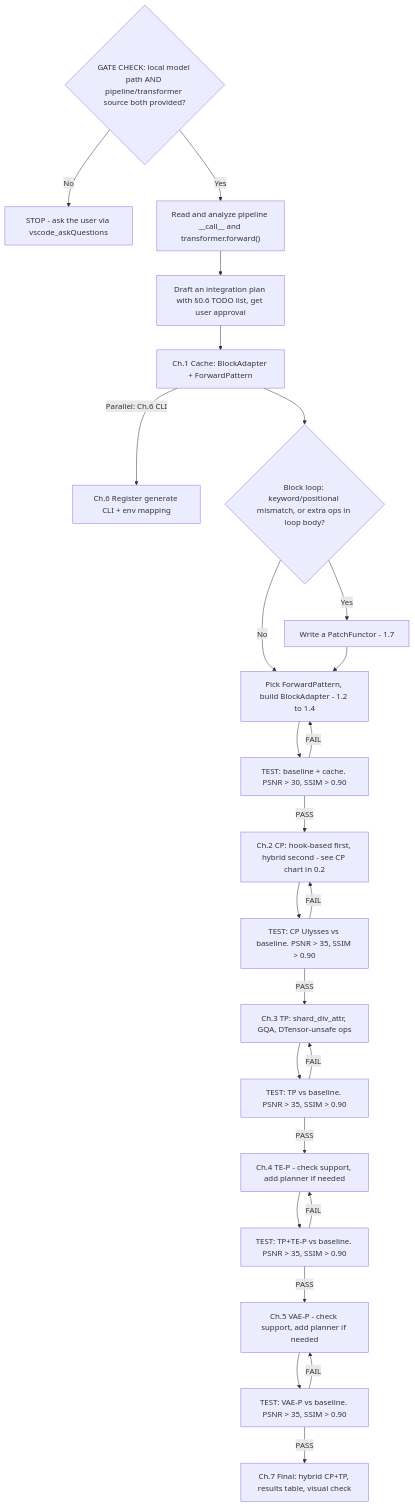
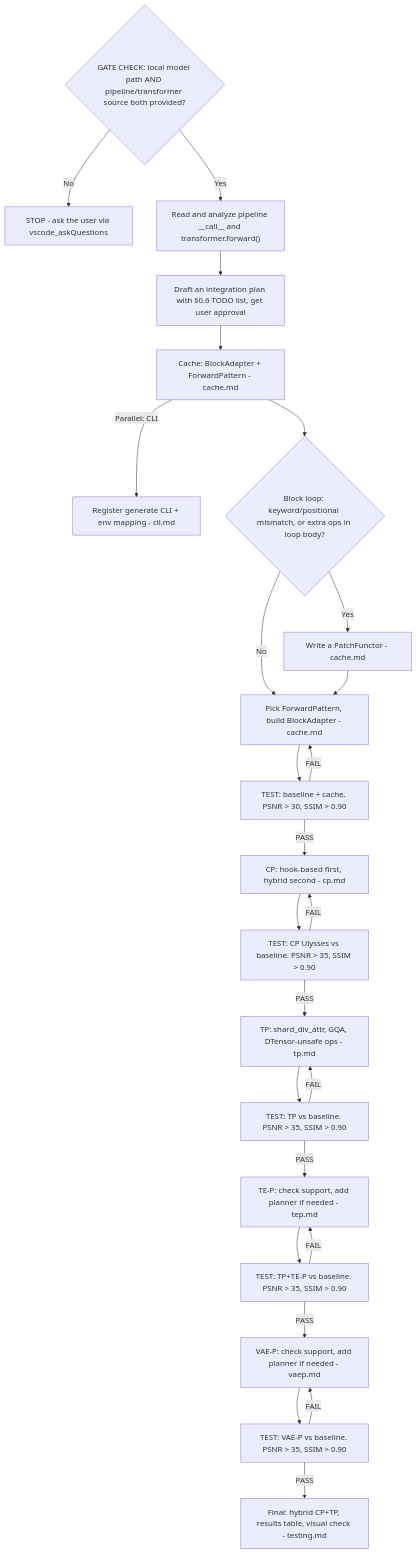
Before and after one commit to vipshop/cache-dit: the first of 3 diagrams in .copilot/skills/cache-dit-model-integration/SKILL.md, drawn with Mermaid. The commit also changed other lines of this file and 8 other files, not shown here.

````diff
--- a/.copilot/skills/cache-dit-model-integration/SKILL.md
+++ b/.copilot/skills/cache-dit-model-integration/SKILL.md
@@ -54,28 +52,28 @@
 ```mermaid
 flowchart TD
     G{"GATE CHECK: local model path AND pipeline/transformer source both provided?"}
     G -->|No| GA["STOP - ask the user via vscode_askQuestions"]
     G -->|Yes| A["Read and analyze pipeline __call__ and transformer.forward()"]
     A --> PL["Draft an integration plan with §0.6 TODO list, get user approval"]
-    PL --> C1["Ch.1 Cache: BlockAdapter + ForwardPattern"]
-    C1 -->|"Parallel: Ch.6 CLI"| CLI["Ch.6 Register generate CLI + env mapping"]
+        PL --> C1["Cache: BlockAdapter + ForwardPattern - cache.md"]
+        C1 -->|"Parallel: CLI"| CLI["Register generate CLI + env mapping - cli.md"]
     C1 --> CQ{"Block loop: keyword/positional mismatch, or extra ops in loop body?"}
-    CQ -->|Yes| CF["Write a PatchFunctor - 1.7"]
-    CQ -->|No| CA["Pick ForwardPattern, build BlockAdapter - 1.2 to 1.4"]
+    CQ -->|Yes| CF["Write a PatchFunctor - cache.md"]
+    CQ -->|No| CA["Pick ForwardPattern, build BlockAdapter - cache.md"]
     CF --> CA
     CA --> TST1["TEST: baseline + cache. PSNR > 30, SSIM > 0.90"]
     TST1 -->|FAIL| CA
-    TST1 -->|PASS| C2["Ch.2 CP: hook-based first, hybrid second - see CP chart in 0.2"]
+        TST1 -->|PASS| C2["CP: hook-based first, hybrid second - cp.md"]
     C2 --> TST2["TEST: CP Ulysses vs baseline. PSNR > 35, SSIM > 0.90"]
     TST2 -->|FAIL| C2
-    TST2 -->|PASS| T3["Ch.3 TP: shard_div_attr, GQA, DTensor-unsafe ops"]
+        TST2 -->|PASS| T3["TP: shard_div_attr, GQA, DTensor-unsafe ops - tp.md"]
     T3 --> TST3["TEST: TP vs baseline. PSNR > 35, SSIM > 0.90"]
     TST3 -->|FAIL| T3
-    TST3 -->|PASS| T4["Ch.4 TE-P - check support, add planner if needed"]
+        TST3 -->|PASS| T4["TE-P: check support, add planner if needed - tep.md"]
     T4 --> TST4["TEST: TP+TE-P vs baseline. PSNR > 35, SSIM > 0.90"]
     TST4 -->|FAIL| T4
-    TST4 -->|PASS| T5["Ch.5 VAE-P - check support, add planner if needed"]
+        TST4 -->|PASS| T5["VAE-P: check support, add planner if needed - vaep.md"]
     T5 --> TST5["TEST: VAE-P vs baseline. PSNR > 35, SSIM > 0.90"]
     TST5 -->|FAIL| T5
-    TST5 -->|PASS| T7["Ch.7 Final: hybrid CP+TP, results table, visual check"]
+        TST5 -->|PASS| T7["Final: hybrid CP+TP, results table, visual check - testing.md"]
 ```
````
